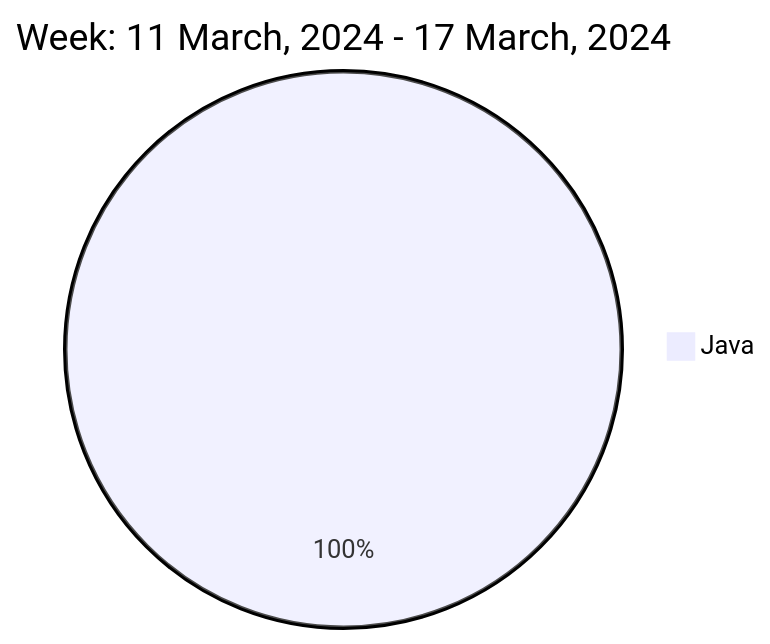
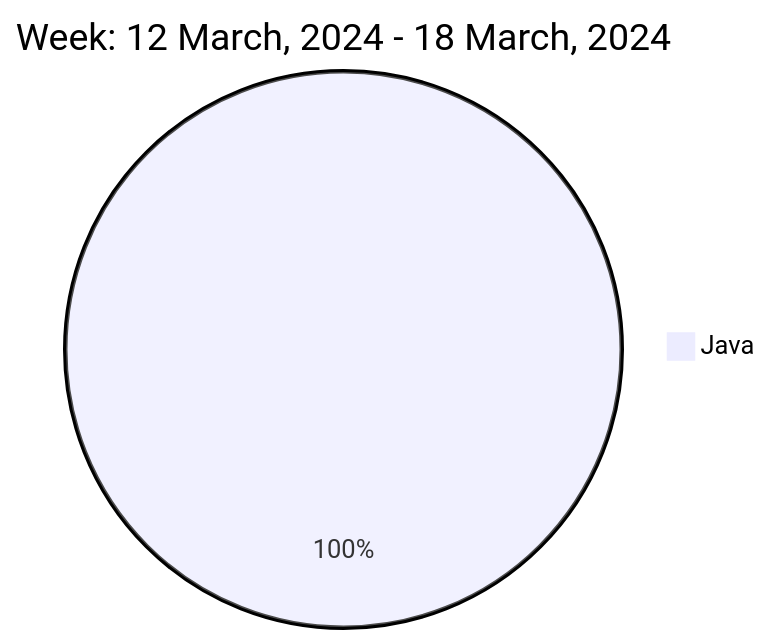
Before and after one commit to liubin95/liubin95: the diagram in README.md, drawn with Mermaid.

Commit message:
Updated the Graph with new Metrics

````diff
--- a/README.md
+++ b/README.md
@@ -37,5 +37,5 @@
 ```mermaid
  pie
-title Week: 11 March, 2024 - 17 March, 2024
+title Week: 12 March, 2024 - 18 March, 2024
  "Java" : 0.72
 ```
````
